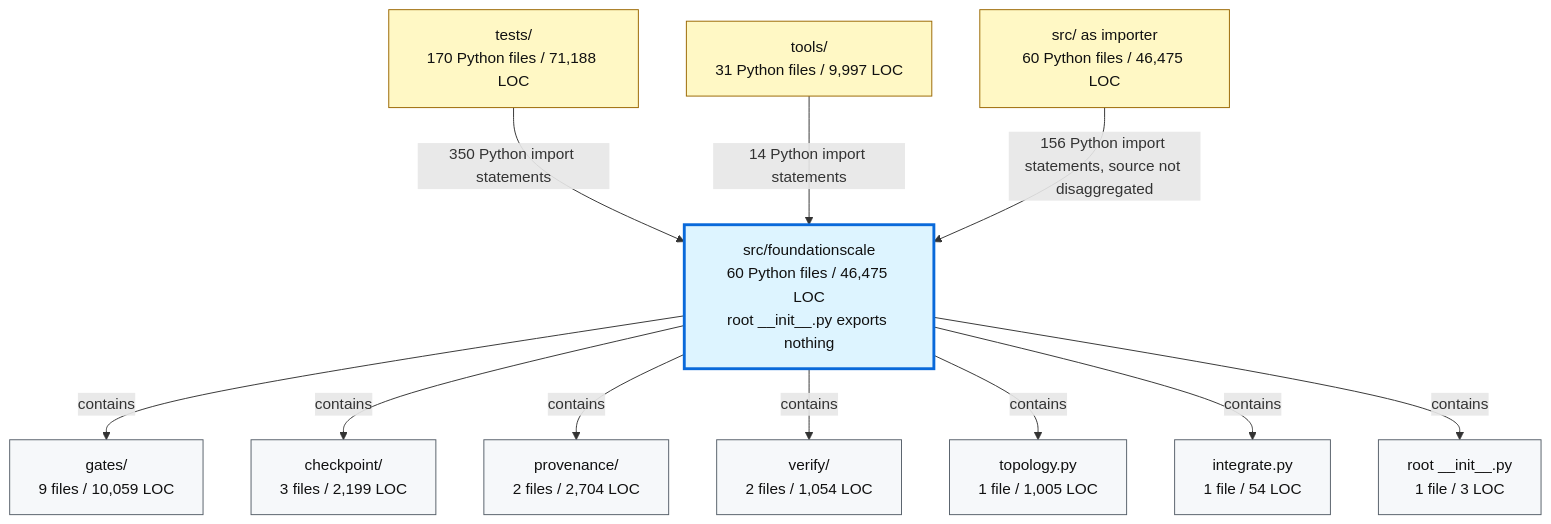
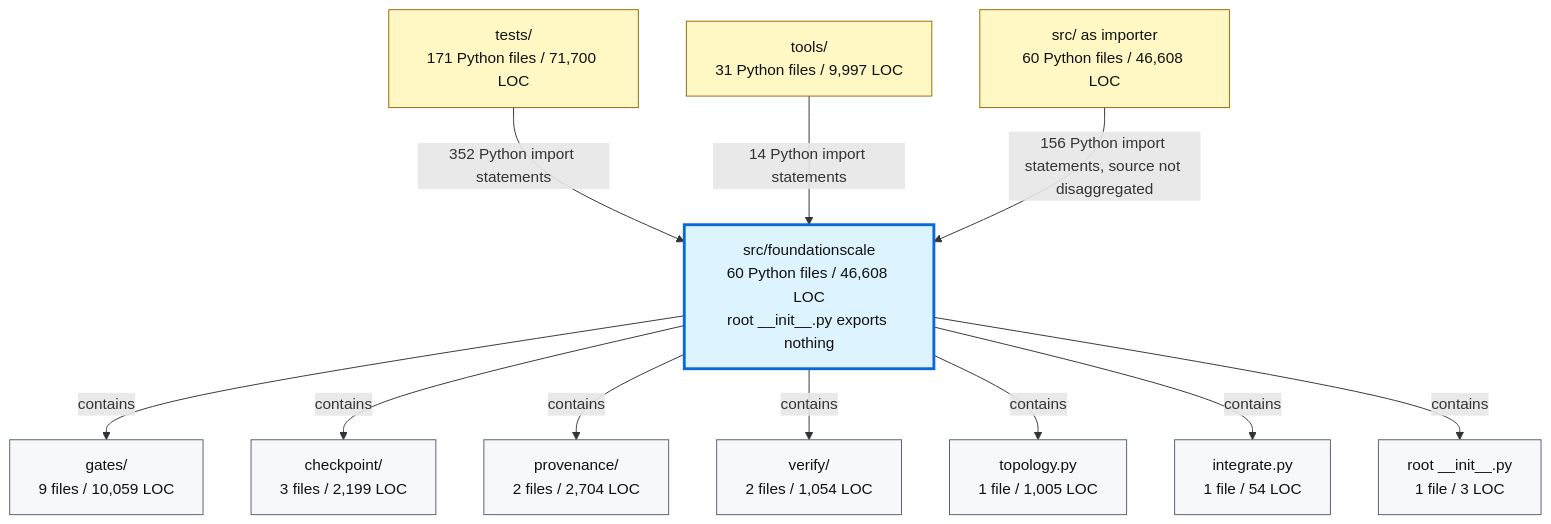
Before and after one commit to TranNhiem/FoundationScale: the second of 2 diagrams in docs/review/D2_current_architecture.md, drawn with Mermaid. The commit also changed other lines of this file and 18 other files, not shown here.

````diff
--- a/docs/review/D2_current_architecture.md
+++ b/docs/review/D2_current_architecture.md
@@ -97,36 +97,36 @@
 ```mermaid
 flowchart TB
-  TESTS["tests/<br/>170 Python files / 71,188 LOC"]
+  TESTS["tests/<br/>171 Python files / 71,700 LOC"]
   TOOLS["tools/<br/>31 Python files / 9,997 LOC"]
-  SRC["src/ as importer<br/>60 Python files / 46,475 LOC"]
+  SRC["src/ as importer<br/>60 Python files / 46,608 LOC"]
 
-  FS["src/foundationscale<br/>60 Python files / 46,475 LOC<br/>root __init__.py exports nothing"]
+  FS["src/foundationscale<br/>60 Python files / 46,608 LOC<br/>root __init__.py exports nothing"]
 
   GATES["gates/<br/>9 files / 10,059 LOC"]
   CKPT["checkpoint/<br/>3 files / 2,199 LOC"]
   PROV["provenance/<br/>2 files / 2,704 LOC"]
   VERIFY["verify/<br/>2 files / 1,054 LOC"]
   TOPO["topology.py<br/>1 file / 1,005 LOC"]
   INTEG["integrate.py<br/>1 file / 54 LOC"]
   ROOT["root __init__.py<br/>1 file / 3 LOC"]
 
-  TESTS -->|"350 Python import statements"| FS
+  TESTS -->|"352 Python import statements"| FS
   TOOLS -->|"14 Python import statements"| FS
   SRC -->|"156 Python import statements, source not disaggregated"| FS
 
   FS -->|"contains"| GATES
   FS -->|"contains"| CKPT
   FS -->|"contains"| PROV
   FS -->|"contains"| VERIFY
   FS -->|"contains"| TOPO
   FS -->|"contains"| INTEG
   FS -->|"contains"| ROOT
 
   classDef consumer fill:#fff8c5,stroke:#9a6700,color:#111;
   classDef package fill:#ddf4ff,stroke:#0969da,stroke-width:3px,color:#111;
   classDef module fill:#f6f8fa,stroke:#57606a,color:#111;
 
   class TESTS,TOOLS,SRC consumer;
   class FS package;
   class GATES,CKPT,PROV,VERIFY,TOPO,INTEG,ROOT module;
 ```
````
